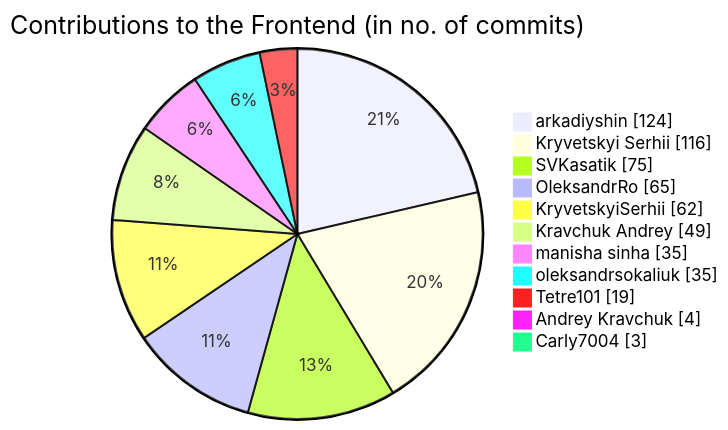
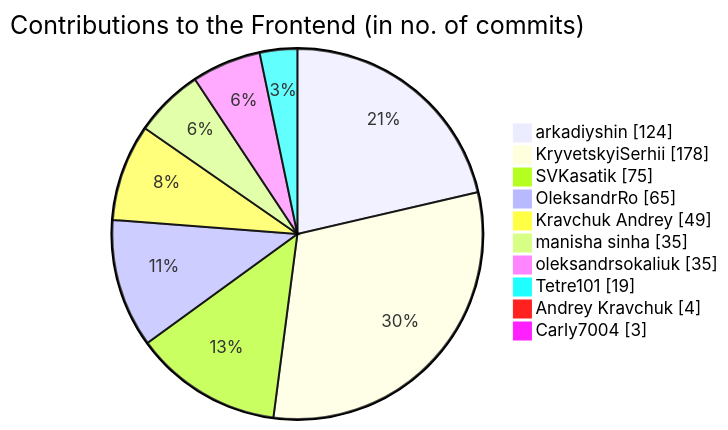
The first of 2 diagrams in README.md (WildCodeSchool/2022-07-EN-Berlin-Remote1-Project3Planning), drawn with Mermaid before and after one commit.

Commit message:
Fixed duplicate entries for Sergii in pie chart

````diff
--- a/README.md
+++ b/README.md
@@ -13,15 +13,14 @@
 ```mermaid
 pie showData
     title Contributions to the Frontend (in no. of commits)
     "arkadiyshin" : 124
-    "Kryvetskyi Serhii" : 116
+    "KryvetskyiSerhii" : 178
     "SVKasatik" : 75
     "OleksandrRo" : 65
-    "KryvetskyiSerhii" : 62
     "Kravchuk Andrey" : 49
     "manisha sinha" : 35
     "oleksandrsokaliuk" : 35
     "Tetre101" : 19
     "Andrey Kravchuk" : 4
     "Carly7004" : 3
 ```
````
